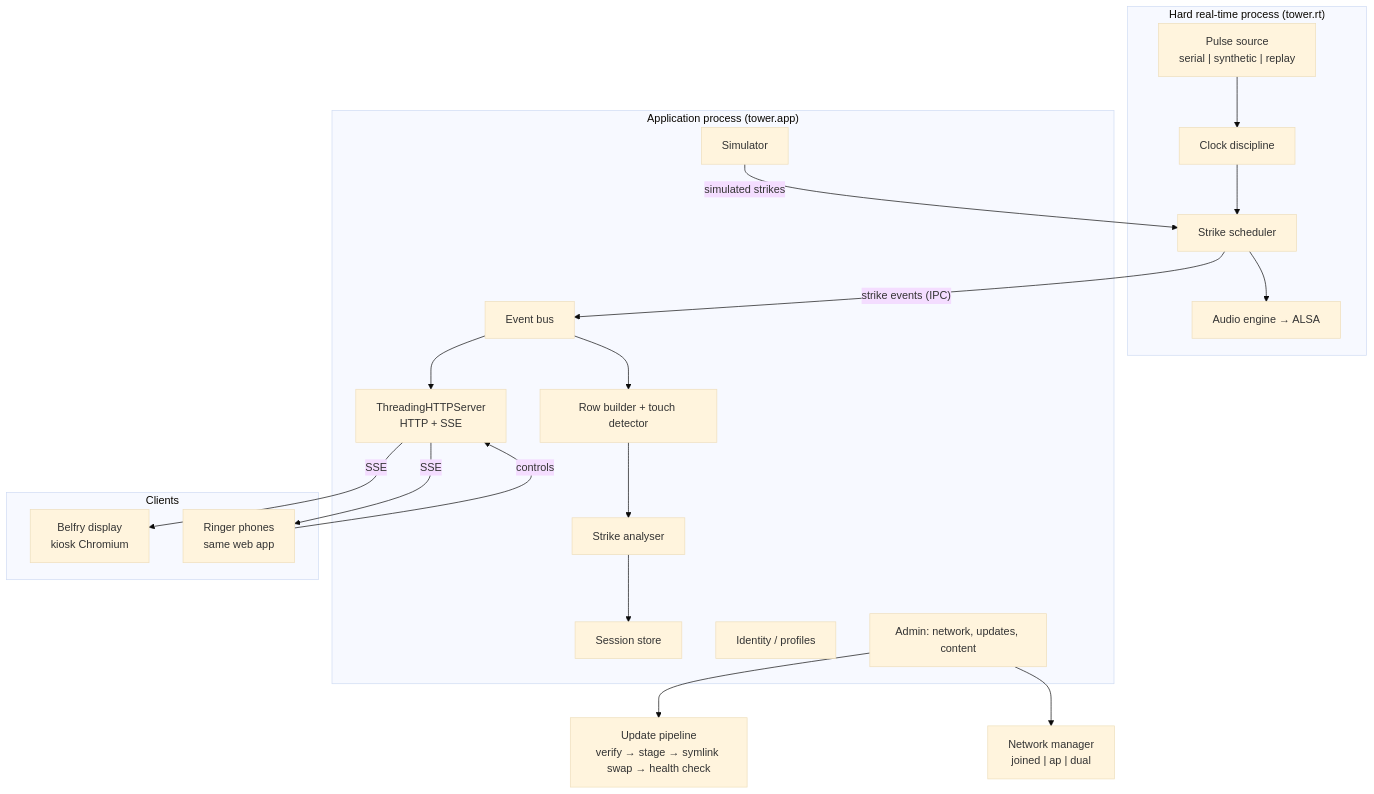
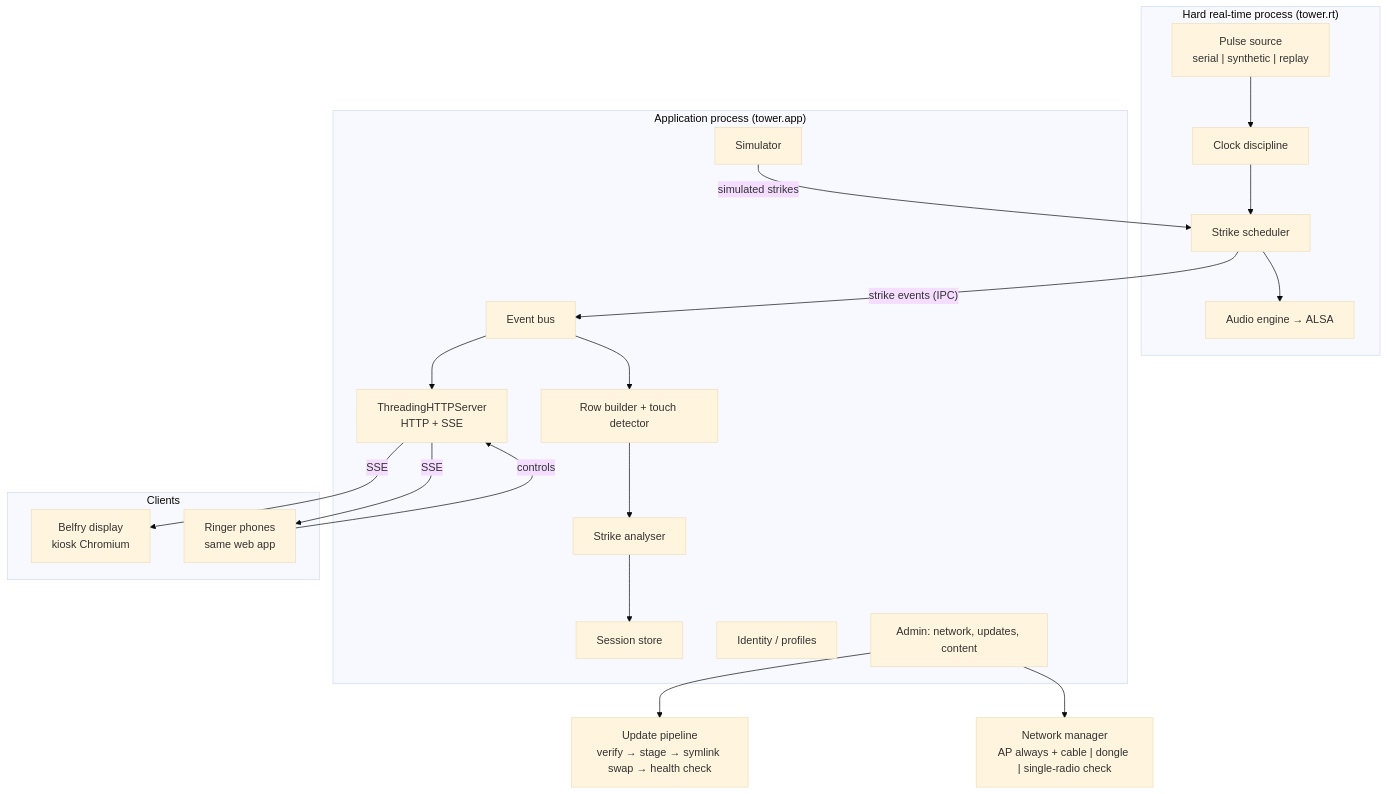
Before and after one commit to tomlongridge/towerboard: the diagram in docs/tower-system-design.md, drawn with Mermaid (base theme). The commit also changed other lines of this file and 31 other files, not shown here.

````diff
--- a/docs/tower-system-design.md
+++ b/docs/tower-system-design.md
@@ -42,36 +42,36 @@
 ```mermaid
 flowchart TB
   subgraph HRT["Hard real-time process (tower.rt)"]
     SRC["Pulse source<br/>serial | synthetic | replay"]
     CLK["Clock discipline"]
     SCHED["Strike scheduler"]
     AUD["Audio engine → ALSA"]
     SRC --> CLK --> SCHED --> AUD
   end
 
   subgraph APP["Application process (tower.app)"]
     BUS["Event bus"]
     ROW["Row builder + touch detector"]
     ANA["Strike analyser"]
     STORE["Session store"]
     SIM["Simulator"]
     ID["Identity / profiles"]
     WEB["ThreadingHTTPServer<br/>HTTP + SSE"]
     ADMIN["Admin: network, updates, content"]
   end
 
   subgraph CLIENTS["Clients"]
     KIOSK["Belfry display<br/>kiosk Chromium"]
     PHONE["Ringer phones<br/>same web app"]
   end
 
   SCHED -- "strike events (IPC)" --> BUS
   SIM -- "simulated strikes" --> SCHED
   BUS --> ROW --> ANA --> STORE
   BUS --> WEB
   WEB -- SSE --> KIOSK
   WEB -- SSE --> PHONE
   PHONE -- controls --> WEB
   ADMIN --> UPD["Update pipeline<br/>verify → stage → symlink swap → health check"]
-  ADMIN --> NET["Network manager<br/>joined | ap | dual"]
+  ADMIN --> NET["Network manager<br/>AP always + cable | dongle | single-radio check"]
 ```
````
